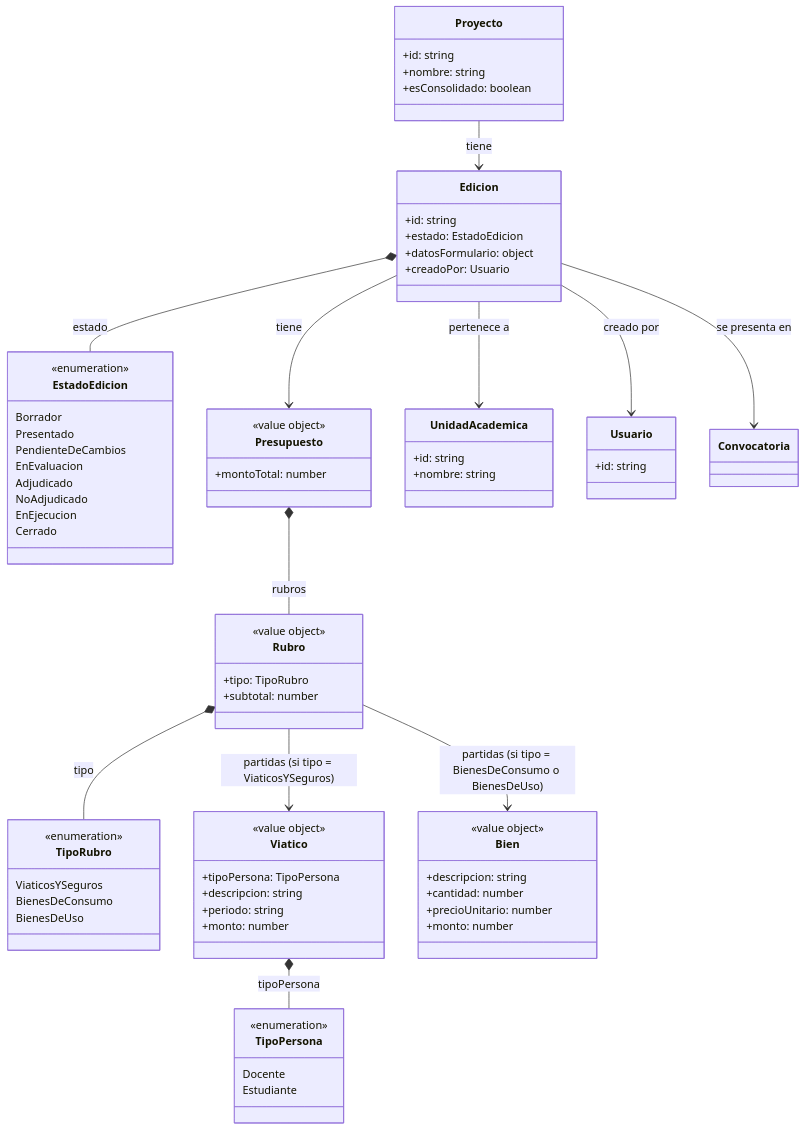
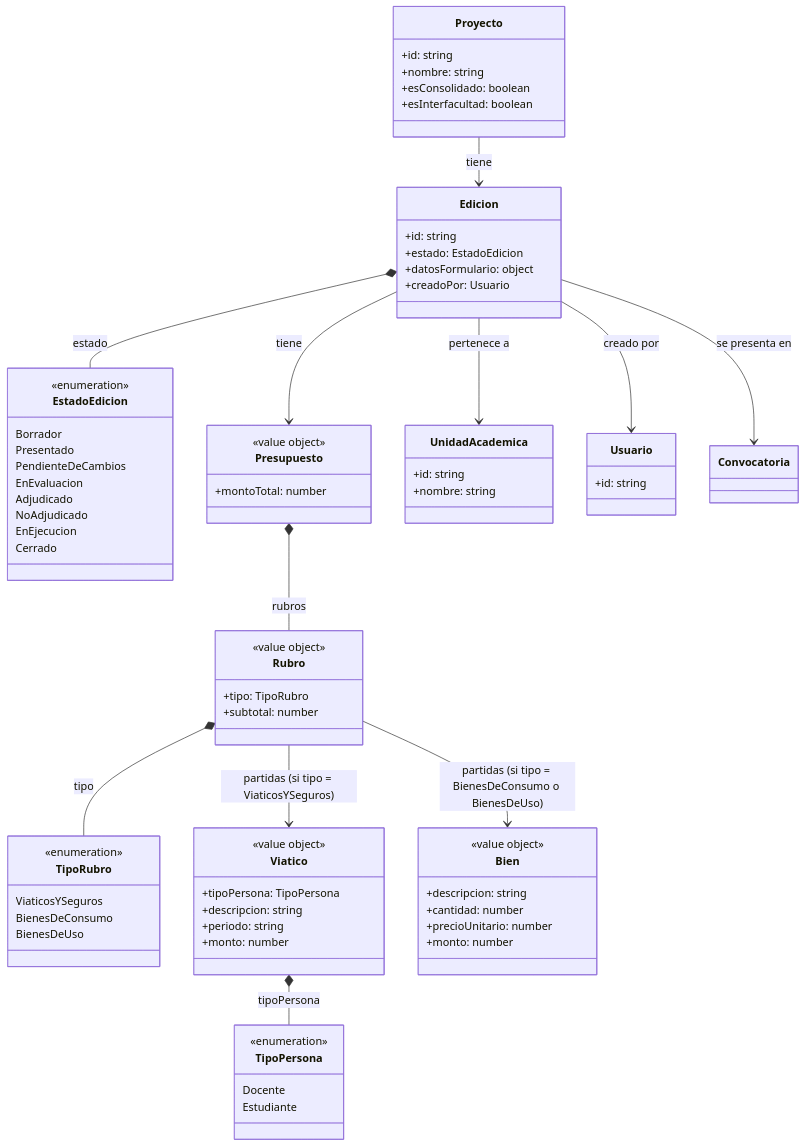
The second of 9 diagrams in docs/dominio/modelo.md (TPP-UBANEX/UBANEX), drawn with Mermaid before and after one commit. The commit also changed other lines of this file, not shown here.

```diff
--- a/docs/dominio/modelo.md
+++ b/docs/dominio/modelo.md
@@ -82,6 +90,7 @@
         +id: string
         +nombre: string
         +esConsolidado: boolean
+        +esInterfacultad: boolean
     }
 
     class Edicion {
```
